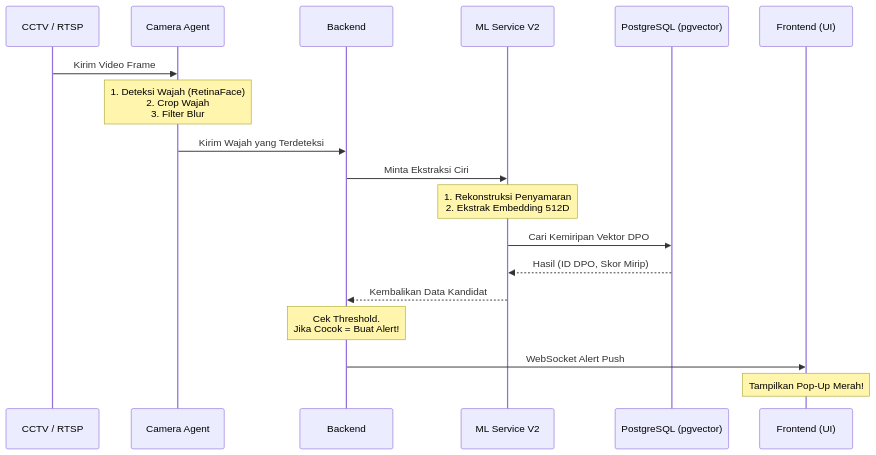
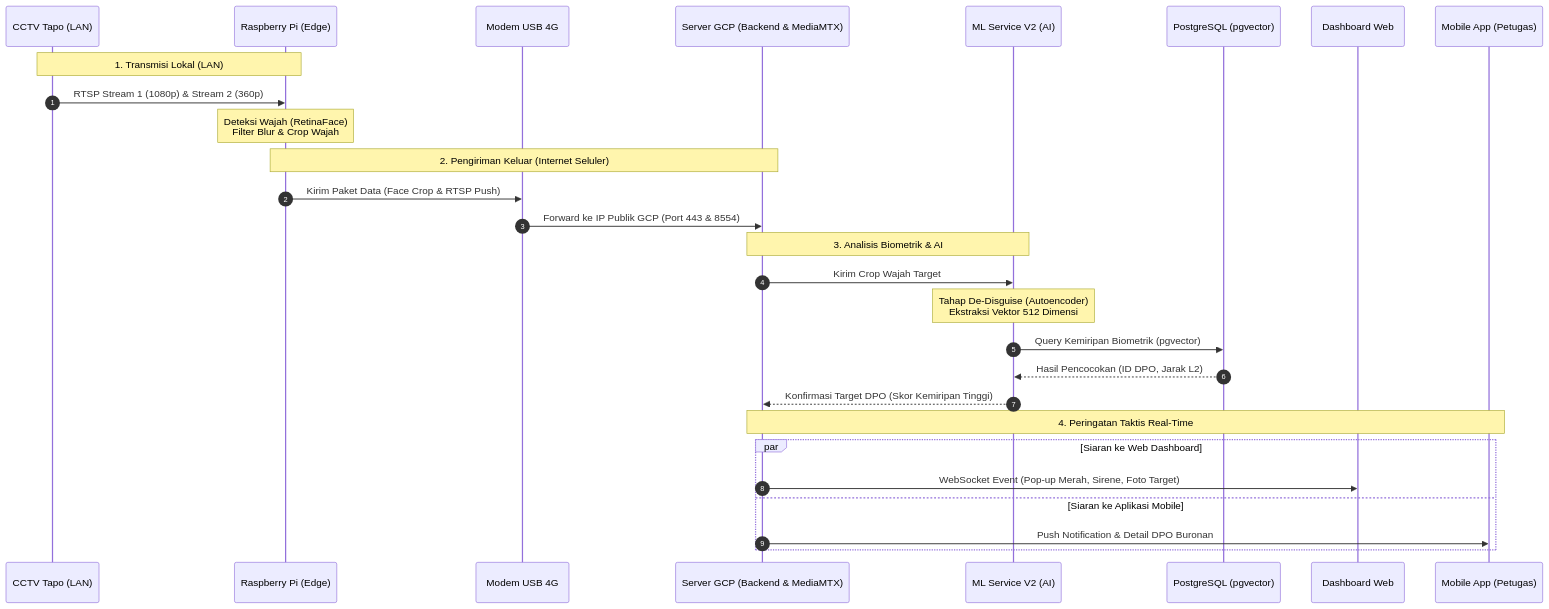
The diagram in disguise_system_architecture.md (AmsStudy/disguise-id), drawn with Mermaid before and after one commit. The commit also changed other lines of this file and 3 other files, not shown here.

Commit message:
feat: update dashboard navigation, add audit and user routes, and improve chart data handling with baseline defaults

````diff
--- a/disguise_system_architecture.md
+++ b/disguise_system_architecture.md
@@ -24,21 +123,34 @@
 ```mermaid
 sequenceDiagram
-    participant Cam as CCTV / RTSP
-    participant Agent as Camera Agent
-    participant BE as Backend
-    participant ML as ML Service V2
+    autonumber
+    participant CCTV as CCTV Tapo (LAN)
+    participant RPi as Raspberry Pi (Edge)
+    participant Modem as Modem USB 4G
+    participant GCP as Server GCP (Backend & MediaMTX)
+    participant ML as ML Service V2 (AI)
     participant DB as PostgreSQL (pgvector)
-    participant FE as Frontend (UI)
+    participant Web as Dashboard Web
+    participant Mobile as Mobile App (Petugas)
 
-    Cam->>Agent: Kirim Video Frame
-    Note over Agent: 1. Deteksi Wajah (RetinaFace)<br/>2. Crop Wajah<br/>3. Filter Blur
-    Agent->>BE: Kirim Wajah yang Terdeteksi
-    BE->>ML: Minta Ekstraksi Ciri
-    Note over ML: 1. Rekonstruksi Penyamaran<br/>2. Ekstrak Embedding 512D
-    ML->>DB: Cari Kemiripan Vektor DPO
-    DB-->>ML: Hasil (ID DPO, Skor Mirip)
-    ML-->>BE: Kembalikan Data Kandidat
-    Note over BE: Cek Threshold.<br/>Jika Cocok = Buat Alert!
-    BE->>FE: WebSocket Alert Push
-    Note over FE: Tampilkan Pop-Up Merah!
+    Note over CCTV,RPi: 1. Transmisi Lokal (LAN)
+    CCTV->>RPi: RTSP Stream 1 (1080p) & Stream 2 (360p)
+    Note over RPi: Deteksi Wajah (RetinaFace)<br/>Filter Blur & Crop Wajah
+
+    Note over RPi,GCP: 2. Pengiriman Keluar (Internet Seluler)
+    RPi->>Modem: Kirim Paket Data (Face Crop & RTSP Push)
+    Modem->>GCP: Forward ke IP Publik GCP (Port 443 & 8554)
+    
+    Note over GCP,ML: 3. Analisis Biometrik & AI
+    GCP->>ML: Kirim Crop Wajah Target
+    Note over ML: Tahap De-Disguise (Autoencoder)<br/>Ekstraksi Vektor 512 Dimensi
+    ML->>DB: Query Kemiripan Biometrik (pgvector)
+    DB-->>ML: Hasil Pencocokan (ID DPO, Jarak L2)
+    ML-->>GCP: Konfirmasi Target DPO (Skor Kemiripan Tinggi)
+
+    Note over GCP,Mobile: 4. Peringatan Taktis Real-Time
+    par Siaran ke Web Dashboard
+        GCP->>Web: WebSocket Event (Pop-up Merah, Sirene, Foto Target)
+    and Siaran ke Aplikasi Mobile
+        GCP->>Mobile: Push Notification & Detail DPO Buronan
+    end
 ```
````
